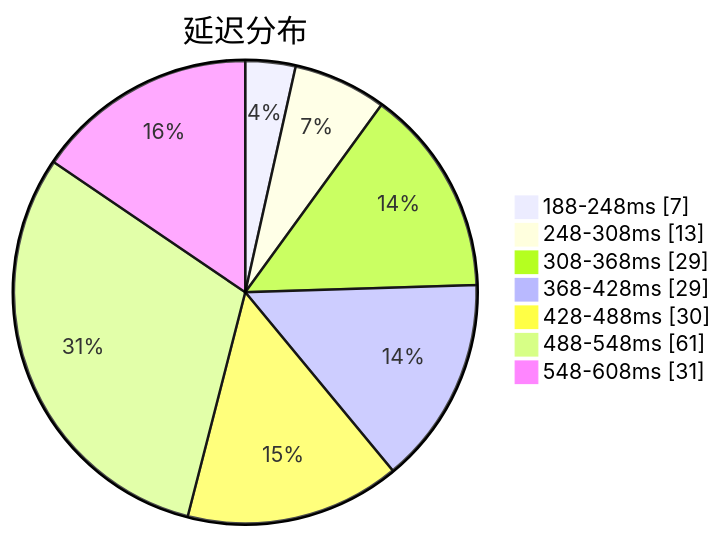
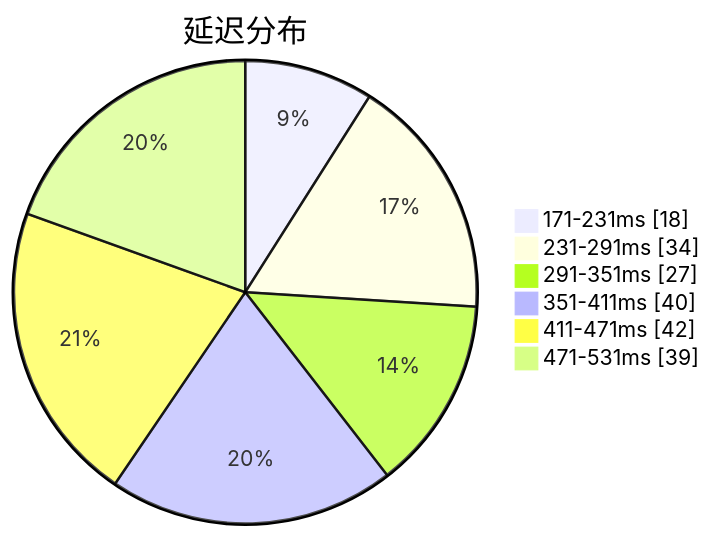
One commit to qjlxg/airport changed the first of 3 diagrams in subs/statistics/tested_within.md. Above: the diagram before and after it, drawn with Mermaid. The commit also changed other lines of this file and 2 other files, not shown here.

````diff
--- a/subs/statistics/tested_within.md
+++ b/subs/statistics/tested_within.md
@@ -2,11 +2,10 @@
 ```mermaid
 pie showData
 title 延迟分布
-"188-248ms" : 7
-"248-308ms" : 13
-"308-368ms" : 29
-"368-428ms" : 29
-"428-488ms" : 30
-"488-548ms" : 61
-"548-608ms" : 31
+"171-231ms" : 18
+"231-291ms" : 34
+"291-351ms" : 27
+"351-411ms" : 40
+"411-471ms" : 42
+"471-531ms" : 39
 ```
````
